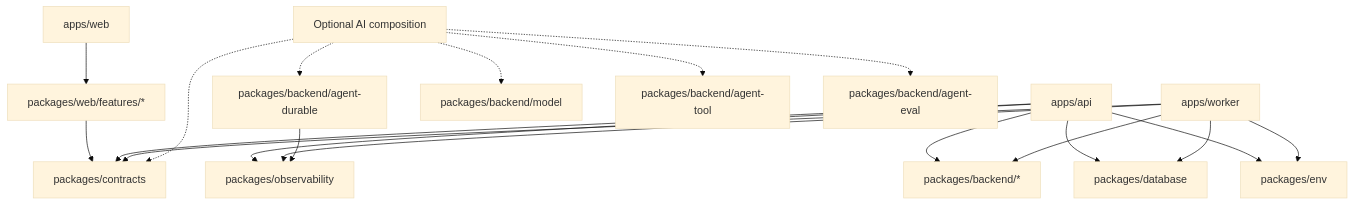
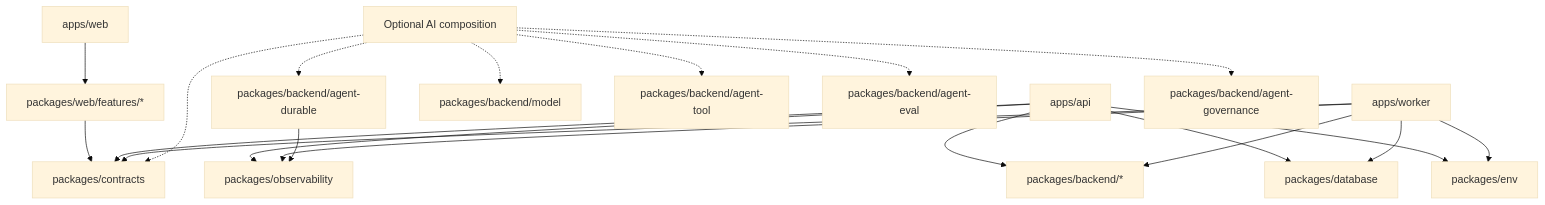
Before and after one commit to kaleigh-dem/steady-stack: the first of 3 diagrams in wiki/Architecture.md, drawn with Mermaid (base theme). The commit also changed other lines of this file and 19 other files, not shown here.

First line of the commit message:
feat(agent): add safety and governance hooks (#71)

````diff
--- a/wiki/Architecture.md
+++ b/wiki/Architecture.md
@@ -41,21 +41,22 @@
 ```mermaid
 flowchart TB
   WebApp[apps/web] --> WebFeature[packages/web/features/*]
   WebFeature --> Contracts[packages/contracts]
   ApiApp[apps/api] --> Domain[packages/backend/*]
   ApiApp --> Database[packages/database]
   ApiApp --> Contracts
   ApiApp --> Env[packages/env]
   ApiApp --> Obs[packages/observability]
   WorkerApp[apps/worker] --> Domain
   WorkerApp --> Database
   WorkerApp --> Contracts
   WorkerApp --> Env
   WorkerApp --> Obs
   OptionalAI[Optional AI composition] -.-> Model[packages/backend/model]
   OptionalAI -.-> Tools[packages/backend/agent-tool]
   OptionalAI -.-> Eval[packages/backend/agent-eval]
   OptionalAI -.-> Durable[packages/backend/agent-durable]
+  OptionalAI -.-> Governance[packages/backend/agent-governance]
   Durable --> Obs
   OptionalAI -.-> Contracts
 ```
````
